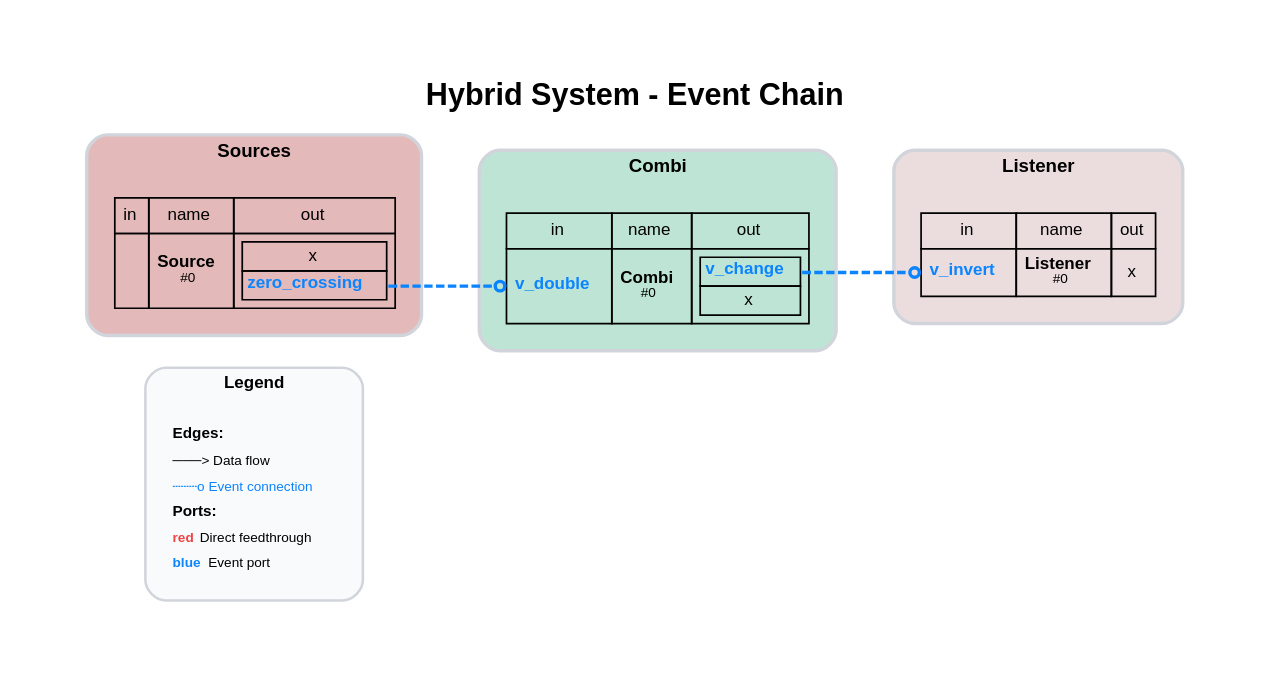
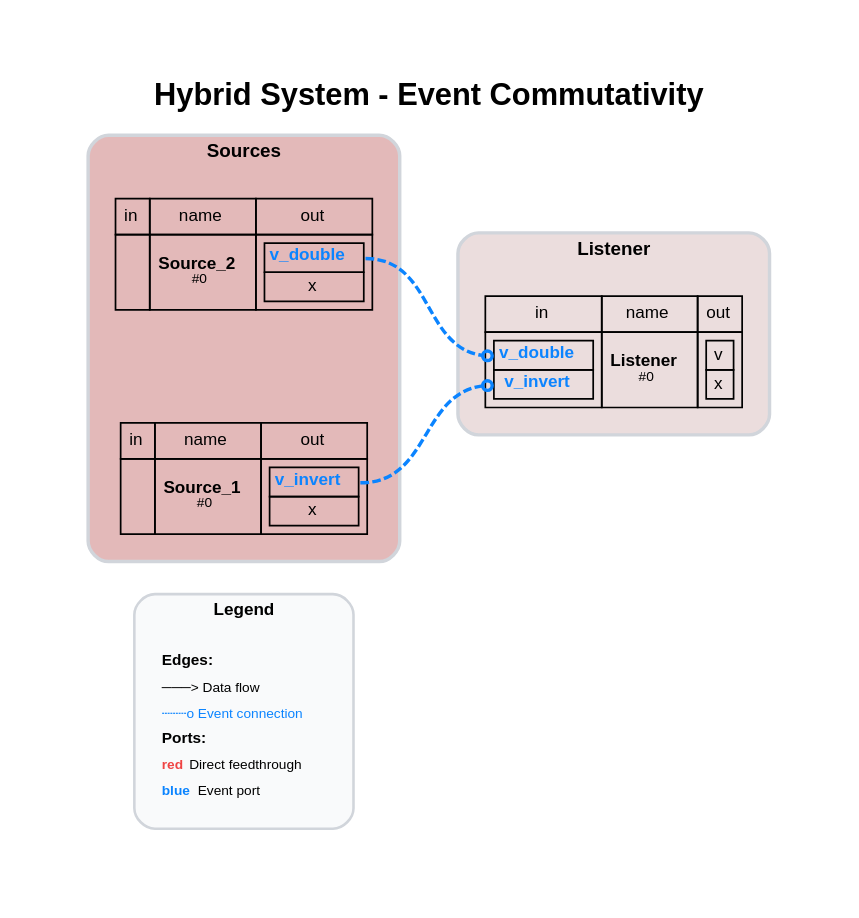
One commit to FlorianFrech/SystemSimulation changed the diagram in demos/ControlledPendulum/MyModels/Hybrid/Digraph.gv. Above: the diagram before and after it, drawn with Graphviz. The commit also changed 8 other files, not shown here.

Commit message:
Hybrid Co-Simulation: - Update handling of simultaneous events - Added event annotation and event commutativity dits to CoSimComponent - Analyze and verify commutativity for simultaneous events occuring for a single CoSimComponent

```diff
--- a/demos/ControlledPendulum/MyModels/Hybrid/Digraph.gv
+++ b/demos/ControlledPendulum/MyModels/Hybrid/Digraph.gv
@@ -1,33 +1,30 @@
-// System: Hybrid System - Event Chain
+// System: Hybrid System - Event Commutativity
 digraph {
-	graph [bgcolor=white compound=true esep=0 fontname="Helvetica-Bold" fontsize=18 label="Hybrid System - Event Chain" labelloc=t margin=0.2 nodesep=0.8 pad=0.5 rankdir=LR ranksep=0.8 sep=0 splines=true]
+	graph [bgcolor=white compound=true esep=0 fontname="Helvetica-Bold" fontsize=18 label="Hybrid System - Event Commutativity" labelloc=t margin=0.2 nodesep=0.8 pad=0.5 rankdir=LR ranksep=0.8 sep=0 splines=true]
 	node [fillcolor=white fontname=Helvetica fontsize=10 margin="0.05,0.05" shape=plaintext style=""]
 	edge [arrowhead=vee arrowsize=0.7 arrowtail=none color="#111827" dir=forward fontname=Helvetica fontsize=10 labelangle=45 labelfontcolor="#374151" minlen=1.2 penwidth=1.2]
 	subgraph cluster_legend {
 		bgcolor="#f9fafb" color="#d1d5db" fontname="Helvetica-Bold" fontsize=10 label=Legend margin=8 penwidth=1.5 rank=sink style=rounded
 		legend_node [label=<
             <TABLE BORDER="0" CELLBORDER="0" CELLSPACING="2" CELLPADDING="2">
                 <TR><TD ALIGN="LEFT"><FONT POINT-SIZE="9"><B>Edges:</B></FONT></TD></TR>
                 <TR><TD ALIGN="LEFT"><FONT POINT-SIZE="8">───&gt; Data flow</FONT></TD></TR>
                 <TR><TD ALIGN="LEFT"><FONT POINT-SIZE="8" COLOR="#0b84ff">┄┄┄o Event connection</FONT></TD></TR>
                 <TR><TD ALIGN="LEFT"><FONT POINT-SIZE="9"><B>Ports:</B></FONT></TD></TR>
                 <TR><TD ALIGN="LEFT"><FONT POINT-SIZE="8" COLOR="#ef4444"><B>red</B></FONT> Direct feedthrough</TD></TR>
                 <TR><TD ALIGN="LEFT"><FONT POINT-SIZE="8" COLOR="#0b84ff"><B>blue</B></FONT> Event port</TD></TR>
             </TABLE>
             > fontsize=8 shape=plaintext]
 	}
 	subgraph cluster_Sources {
 		bgcolor="#e3b9b9" color="#d1d5db" fontname="Helvetica-Bold" fontsize=11 label=Sources margin=12 penwidth=2 style=rounded
-		Source [label=<<TABLE BORDER="0" CELLBORDER="1" CELLSPACING="0" CELLPADDING="4"><TR><TD>in</TD><TD>name</TD><TD>out</TD></TR><TR><TD></TD><TD><B>Source</B><BR/><FONT POINT-SIZE="8">#0</FONT></TD><TD><TABLE BORDER="0" CELLBORDER="1" CELLSPACING="0" CELLPADDING="2"><TR><TD PORT="x">x</TD></TR><TR><TD PORT="zero_crossing"><FONT COLOR="#0b84ff"><B>zero_crossing</B></FONT></TD></TR></TABLE></TD></TR></TABLE>>]
-	}
-	subgraph cluster_Combi {
-		bgcolor="#bde4d5" color="#d1d5db" fontname="Helvetica-Bold" fontsize=11 label=Combi margin=12 penwidth=2 style=rounded
-		Combi [label=<<TABLE BORDER="0" CELLBORDER="1" CELLSPACING="0" CELLPADDING="4"><TR><TD>in</TD><TD>name</TD><TD>out</TD></TR><TR><TD PORT="v_double"><FONT COLOR="#0b84ff"><B>v_double</B></FONT></TD><TD><B>Combi</B><BR/><FONT POINT-SIZE="8">#0</FONT></TD><TD><TABLE BORDER="0" CELLBORDER="1" CELLSPACING="0" CELLPADDING="2"><TR><TD PORT="v_change"><FONT COLOR="#0b84ff"><B>v_change</B></FONT></TD></TR><TR><TD PORT="x">x</TD></TR></TABLE></TD></TR></TABLE>>]
+		Source_1 [label=<<TABLE BORDER="0" CELLBORDER="1" CELLSPACING="0" CELLPADDING="4"><TR><TD>in</TD><TD>name</TD><TD>out</TD></TR><TR><TD></TD><TD><B>Source_1</B><BR/><FONT POINT-SIZE="8">#0</FONT></TD><TD><TABLE BORDER="0" CELLBORDER="1" CELLSPACING="0" CELLPADDING="2"><TR><TD PORT="v_invert"><FONT COLOR="#0b84ff"><B>v_invert</B></FONT></TD></TR><TR><TD PORT="x">x</TD></TR></TABLE></TD></TR></TABLE>>]
+		Source_2 [label=<<TABLE BORDER="0" CELLBORDER="1" CELLSPACING="0" CELLPADDING="4"><TR><TD>in</TD><TD>name</TD><TD>out</TD></TR><TR><TD></TD><TD><B>Source_2</B><BR/><FONT POINT-SIZE="8">#0</FONT></TD><TD><TABLE BORDER="0" CELLBORDER="1" CELLSPACING="0" CELLPADDING="2"><TR><TD PORT="v_double"><FONT COLOR="#0b84ff"><B>v_double</B></FONT></TD></TR><TR><TD PORT="x">x</TD></TR></TABLE></TD></TR></TABLE>>]
 	}
 	subgraph cluster_Listener {
 		bgcolor="#ebdddd" color="#d1d5db" fontname="Helvetica-Bold" fontsize=11 label=Listener margin=12 penwidth=2 style=rounded
-		Listener [label=<<TABLE BORDER="0" CELLBORDER="1" CELLSPACING="0" CELLPADDING="4"><TR><TD>in</TD><TD>name</TD><TD>out</TD></TR><TR><TD PORT="v_invert"><FONT COLOR="#0b84ff"><B>v_invert</B></FONT></TD><TD><B>Listener</B><BR/><FONT POINT-SIZE="8">#0</FONT></TD><TD PORT="x">x</TD></TR></TABLE>>]
+		Listener [label=<<TABLE BORDER="0" CELLBORDER="1" CELLSPACING="0" CELLPADDING="4"><TR><TD>in</TD><TD>name</TD><TD>out</TD></TR><TR><TD><TABLE BORDER="0" CELLBORDER="1" CELLSPACING="0" CELLPADDING="2"><TR><TD PORT="v_double"><FONT COLOR="#0b84ff"><B>v_double</B></FONT></TD></TR><TR><TD PORT="v_invert"><FONT COLOR="#0b84ff"><B>v_invert</B></FONT></TD></TR></TABLE></TD><TD><B>Listener</B><BR/><FONT POINT-SIZE="8">#0</FONT></TD><TD><TABLE BORDER="0" CELLBORDER="1" CELLSPACING="0" CELLPADDING="2"><TR><TD PORT="v">v</TD></TR><TR><TD PORT="x">x</TD></TR></TABLE></TD></TR></TABLE>>]
 	}
-	Source -> Combi [label="" arrowhead=odot color="#0b84ff" fontcolor="#0b84ff" headclip=true headport="v_double:w" penwidth=2.0 style=dashed tailclip=true tailport="zero_crossing:e"]
-	Combi -> Listener [label="" arrowhead=odot color="#0b84ff" fontcolor="#0b84ff" headclip=true headport="v_invert:w" penwidth=2.0 style=dashed tailclip=true tailport="v_change:e"]
+	Source_1 -> Listener [label="" arrowhead=odot color="#0b84ff" fontcolor="#0b84ff" headclip=true headport="v_invert:w" penwidth=2.0 style=dashed tailclip=true tailport="v_invert:e"]
+	Source_2 -> Listener [label="" arrowhead=odot color="#0b84ff" fontcolor="#0b84ff" headclip=true headport="v_double:w" penwidth=2.0 style=dashed tailclip=true tailport="v_double:e"]
 }
```
